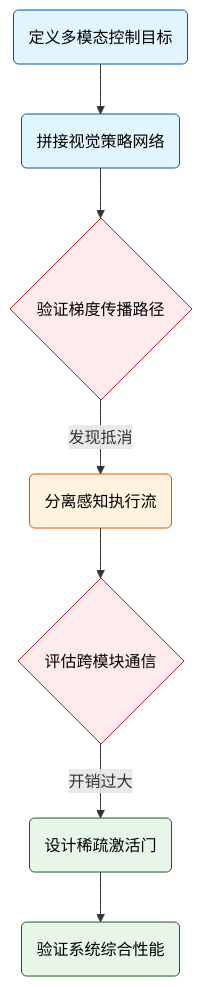
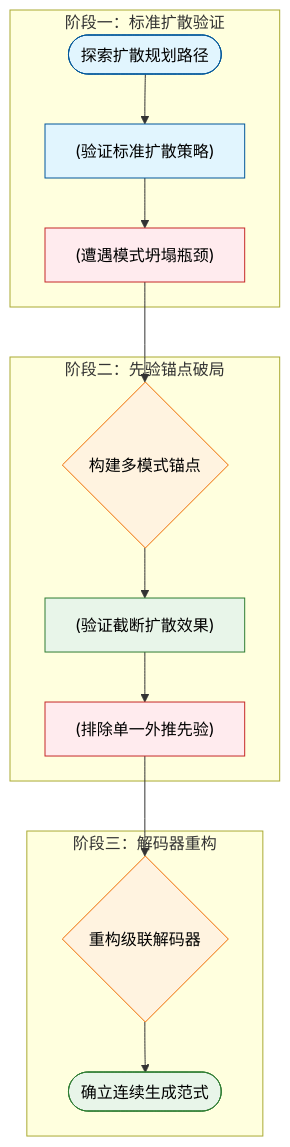
One commit to ShinewineW/paper-rolling changed the seventh of 10 diagrams in person_vault/2026-06-08_DiffusionDrive_2411.15139/report.md. Above: the diagram before and after it, drawn with Mermaid. The commit also changed other lines of this file and 51 other files, not shown here.

````diff
--- a/person_vault/2026-06-08_DiffusionDrive_2411.15139/report.md
+++ b/person_vault/2026-06-08_DiffusionDrive_2411.15139/report.md
@@ -332,14 +485,23 @@
 ```mermaid
-flowchart TD
+flowchart TB
   classDef start fill:#e1f5fe,color:#000,stroke:#01579b
-  classDef dead fill:#ffebee,color:#000,stroke:#b71c1c
-  classDef pivot fill:#fff3e0,color:#000,stroke:#e65100
-  classDef success fill:#e8f5e9,color:#000,stroke:#1b5e20
+  classDef dead fill:#ffebee,color:#000,stroke:#c62828
+  classDef decision fill:#fff3e0,color:#000,stroke:#ef6c00
+  classDef success fill:#e8f5e9,color:#000,stroke:#2e7d32
 
-  init_q(定义多模态控制目标):::start --> naive_m(拼接视觉策略网络):::start
-  naive_m --> grad_c{验证梯度传播路径}:::dead
-  grad_c -- 发现抵消 --> decouple(分离感知执行流):::pivot
-  decouple --> comm_o{评估跨模块通信}:::dead
-  comm_o -- 开销过大 --> sparse_g(设计稀疏激活门):::success
-  sparse_g --> final_e(验证系统综合性能):::success
+  subgraph phase_1_baseline ["阶段一：标准扩散验证"]
+    start(["探索扩散规划路径"]):::start --> exp1["(验证标准扩散策略)"]:::start
+    exp1 --> fail1["(遭遇模式坍塌瓶颈)"]:::dead
+  end
+
+  subgraph phase_2_prior ["阶段二：先验锚点破局"]
+    fail1 --> dec1{构建多模式锚点}:::decision
+    dec1 --> exp2["(验证截断扩散效果)"]:::success
+    exp2 --> fail2["(排除单一外推先验)"]:::dead
+  end
+
+  subgraph phase_3_decoder ["阶段三：解码器重构"]
+    fail2 --> dec2{重构级联解码器}:::decision
+    dec2 --> pivot(["确立连续生成范式"]):::success
+  end
 ```
````
